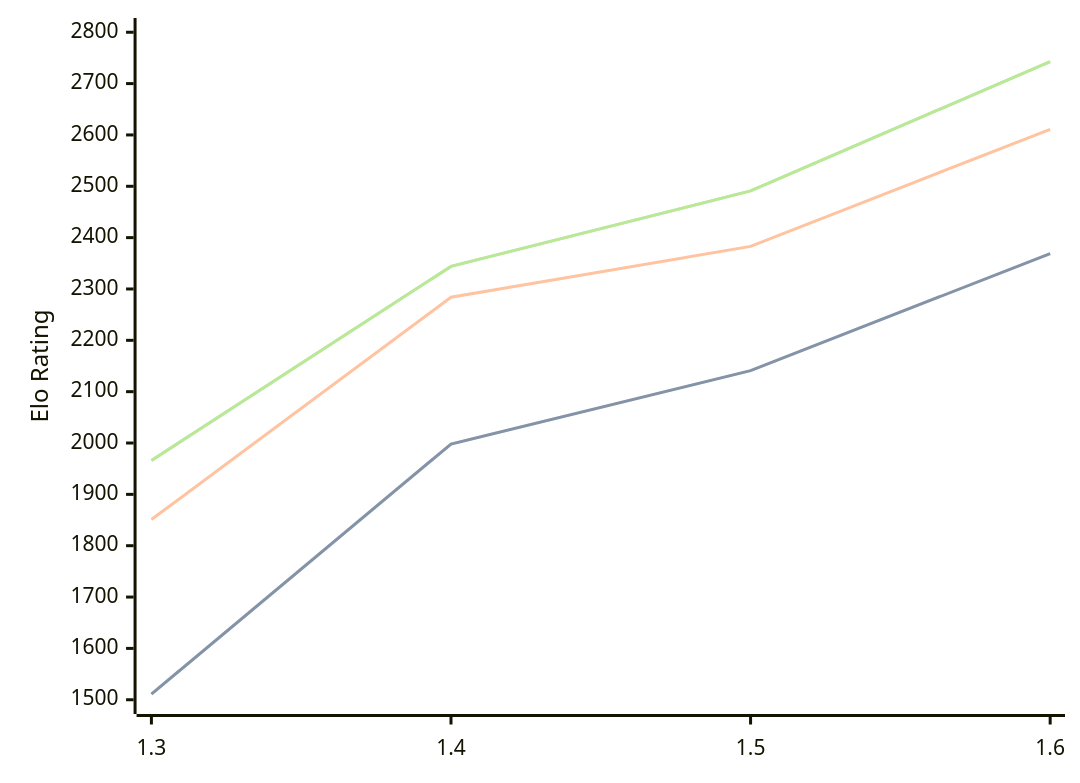
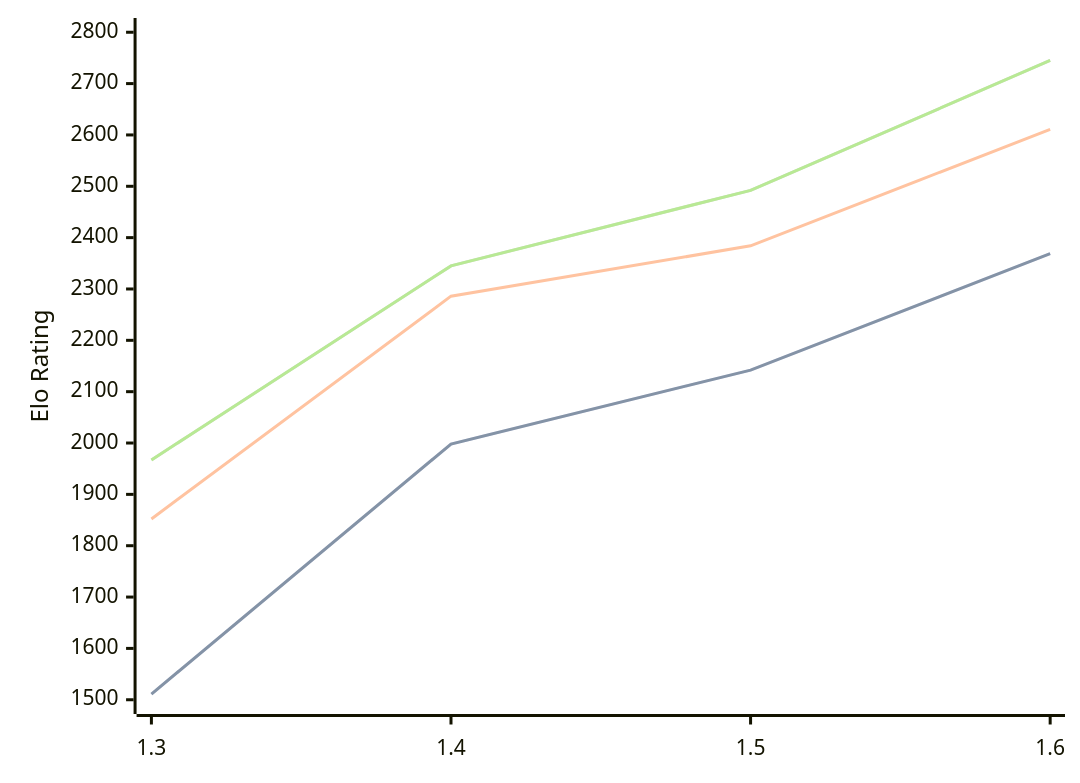
Before and after one commit to computer-chess-index/cci: the diagram in engines/Facon.md, drawn with Mermaid. The commit also changed other lines of this file, not shown here.

Commit message:
Update CCI Ratings (ELO VLTC) - 2026-08-21

````diff
--- a/engines/Facon.md
+++ b/engines/Facon.md
@@ -35,11 +35,11 @@
 ```mermaid
 %%{init: {"theme":"base","themeVariables":{"seriesColors:['#a3a3a3','#222221','#faa371']}}}%%
 xychart-beta
   x-axis ["1.3", "1.4", "1.5", "1.6"]
   y-axis "Elo Rating" 1500 --> 2800
-  line "STC (8.0+0.08s)" [1511, 1998, 2141, 2369]
-  line "STC (8.0+0.08s)" [1511, 1998, 2141, 2369]
-  line "LTC (60.0+0.60s)" [1851, 2284, 2383, 2611]
-  line "VLTC (2m24s+1.12s)" [1966, 2344, 2491, 2743]
-  line "VLTC (2m24s+1.12s)" [1966, 2344, 2491, 2743]
+  line "STC (8.0+0.08s)" [1511, 1998, 2142, 2369]
+  line "STC (8.0+0.08s)" [1511, 1998, 2142, 2369]
+  line "LTC (60.0+0.60s)" [1852, 2286, 2384, 2611]
+  line "VLTC (2m24s+1.12s)" [1967, 2345, 2492, 2745]
+  line "VLTC (2m24s+1.12s)" [1967, 2345, 2492, 2745]
 ```
````
